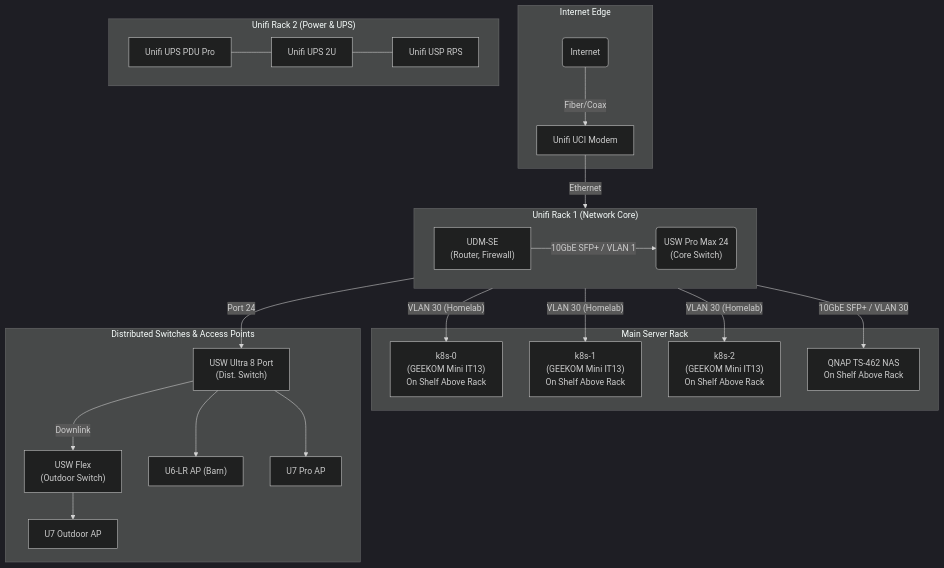
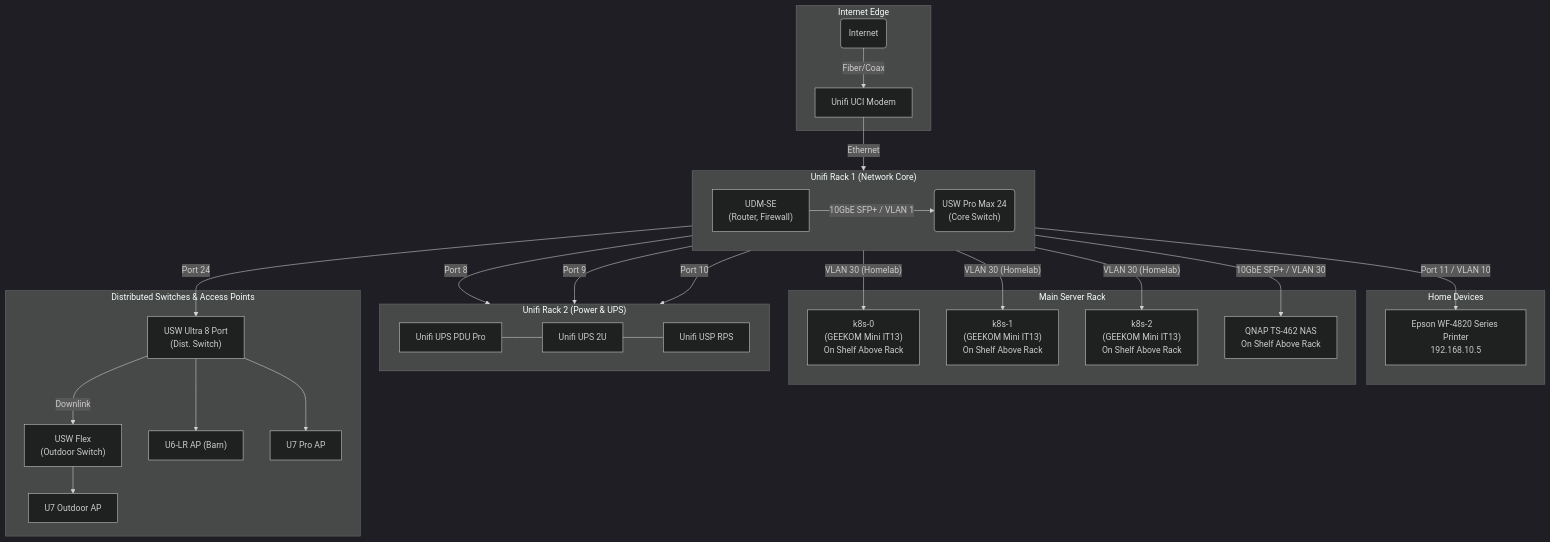
One commit to dmfrey/home-gitops changed the diagram in infrastructure.md. Above: the diagram before and after it, drawn with Mermaid (dark theme).

Commit message:
update infrastructure

````diff
--- a/infrastructure.md
+++ b/infrastructure.md
@@ -5,72 +5,81 @@
 ```mermaid
 graph TD
     subgraph "Internet Edge"
         I(Internet)
         UCI[Unifi UCI Modem]
     end
 
     subgraph "Unifi Rack 1 (Network Core)"
         direction LR
         UDMSE["UDM-SE
 (Router, Firewall)"]
 
         USWPM24("USW Pro Max 24
 (Core Switch)")
     end
 
     subgraph "Unifi Rack 2 (Power & UPS)"
         direction LR
         PDU["Unifi UPS PDU Pro"]
         UPS["Unifi UPS 2U"]
         RPS["Unifi USP RPS"]
+    end
+
+    subgraph "Home Devices"
+        EpsonPrinter["Epson WF-4820 Series Printer\n192.168.10.5"]
     end
 
     subgraph "Main Server Rack"
         k8s0["k8s-0
 (GEEKOM Mini IT13)
 On Shelf Above Rack"]
         k8s1["k8s-1
 (GEEKOM Mini IT13)
 On Shelf Above Rack"]
         k8s2["k8s-2
 (GEEKOM Mini IT13)
 On Shelf Above Rack"]
         QNAP["QNAP TS-462 NAS
 On Shelf Above Rack"]
     end
 
     subgraph "Distributed Switches & Access Points"
         USWUltra8["USW Ultra 8 Port
 (Dist. Switch)"]
         USWFlex["USW Flex
 (Outdoor Switch)"]
         U6LR["U6-LR AP"]
         U7Pro["U7 Pro AP"]
         U7Outdoor["U7 Outdoor AP"]
     end
 
     %% --- Internet Edge Connections ---
     I -- "Fiber/Coax" --> UCI
     UCI -- "Ethernet" --> UDMSE
 
     %% --- Unifi Rack 1 Internal Connections ---
     UDMSE -- "10GbE SFP+ / VLAN 1" --> USWPM24
 
 
     %% --- Inter-Rack Connections (Main Switch to Servers/NAS) ---
     USWPM24 -- "VLAN 30 (Homelab)" --> k8s0
     USWPM24 -- "VLAN 30 (Homelab)" --> k8s1
     USWPM24 -- "VLAN 30 (Homelab)" --> k8s2
     USWPM24 -- "10GbE SFP+ / VLAN 30" --> QNAP
 
+    USWPM24 -- "Port 8" --> UPS
+    USWPM24 -- "Port 9" --> PDU
+    USWPM24 -- "Port 10" --> RPS
+    USWPM24 -- "Port 11 / VLAN 10" --> EpsonPrinter
+
     %% --- Power Connections (Conceptual) ---
     PDU --- UPS
     UPS --- RPS
 
     %% --- Distributed Network ---
     USWPM24 -- "Port 24" --> USWUltra8
     USWUltra8 -- "Downlink" --> USWFlex
     USWUltra8 --> U7Pro
     USWUltra8 --> U6LR["U6-LR AP (Barn)"]
     USWFlex --> U7Outdoor["U7 Outdoor AP"]
 ```
````
